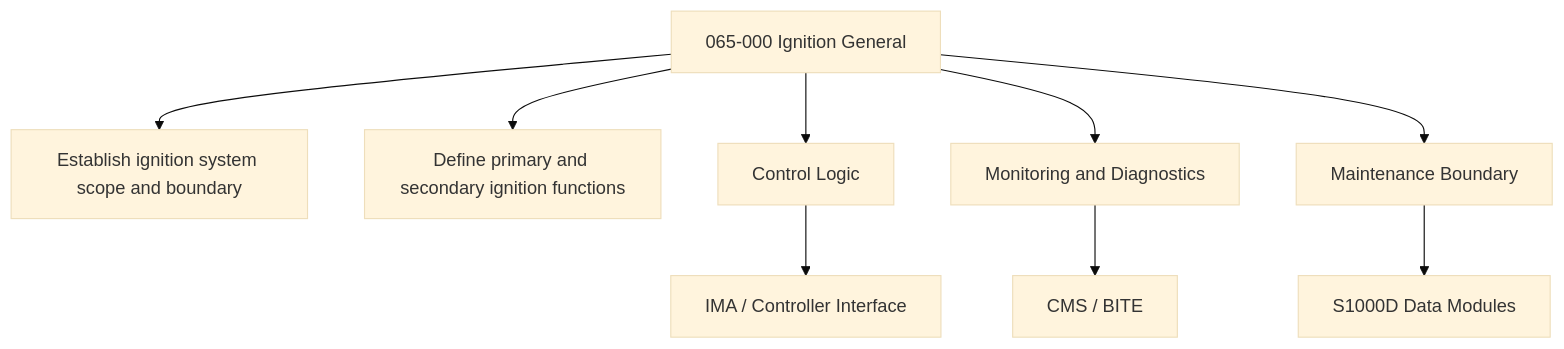
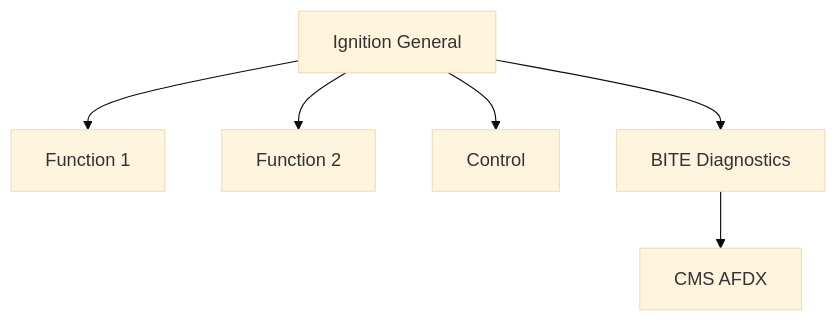
One commit to AmedeoPelliccia/Qplus-For-All-Queer-People-and-Quantum changed the second of 2 diagrams in Q+ATLANTIDE/000-099_ATLAS/060-069_Propulsion-Tradicional/065_Ignition/065-000-Ignition-General.md. Above: the diagram before and after it, drawn with Mermaid (base theme). The commit also changed other lines of this file and 74 other files, not shown here.

````diff
--- a/Q+ATLANTIDE/000-099_ATLAS/060-069_Propulsion-Tradicional/065_Ignition/065-000-Ignition-General.md
+++ b/Q+ATLANTIDE/000-099_ATLAS/060-069_Propulsion-Tradicional/065_Ignition/065-000-Ignition-General.md
@@ -172,11 +102,8 @@
 ```mermaid
 flowchart TB
-    SYS[065-000 Ignition General] --> F1[Establish ignition system scope and boundary]
-    SYS --> F2[Define primary and secondary ignition functions]
-    SYS --> CTRL[Control Logic]
-    SYS --> MON[Monitoring and Diagnostics]
-    SYS --> MAINT[Maintenance Boundary]
-    CTRL --> IMA[IMA / Controller Interface]
-    MON --> CMS[CMS / BITE]
-    MAINT --> CSDB[S1000D Data Modules]
+    SYS[Ignition General] --> F1[Function 1]
+    SYS --> F2[Function 2]
+    SYS --> CTRL[Control]
+    SYS --> MON[BITE Diagnostics]
+    MON --> CMS[CMS AFDX]
 ```
````
